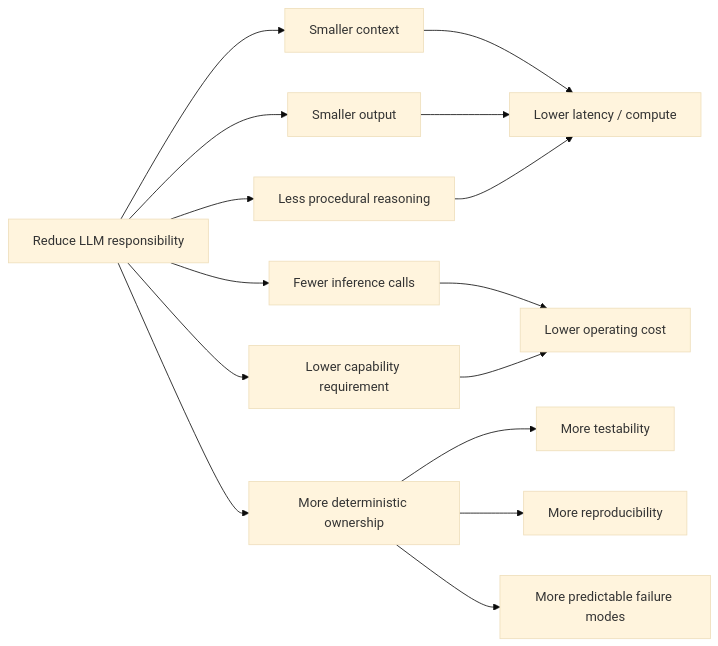
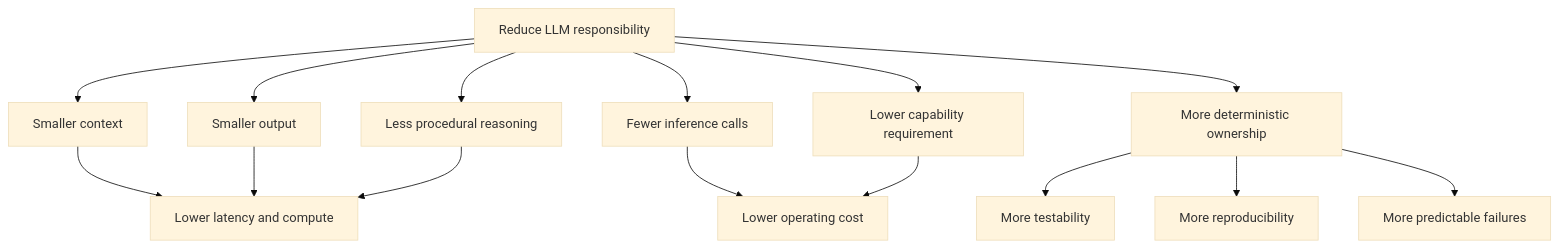
One commit to Augmentedjs/llm_efficiency changed the fourth of 8 diagrams in README.md. Above: the diagram before and after it, drawn with Mermaid (base theme). The commit also changed other lines of this file, not shown here.

Commit message:
Clean README and fix GitHub Mermaid rendering

````diff
--- a/README.md
+++ b/README.md
@@ -344,19 +237,17 @@
 ```mermaid
-flowchart LR
-    A["Reduce LLM responsibility"] --> B["Smaller context"]
-    A --> C["Smaller output"]
-    A --> D["Less procedural reasoning"]
-    A --> E["Fewer inference calls"]
-    A --> F["Lower capability requirement"]
-
-    B --> G["Lower latency / compute"]
-    C --> G
-    D --> G
-    E --> H["Lower operating cost"]
-    F --> H
-
-    A --> I["More deterministic ownership"]
-    I --> J["More testability"]
-    I --> K["More reproducibility"]
-    I --> L["More predictable failure modes"]
+graph TD;
+    A[Reduce LLM responsibility] --> B[Smaller context];
+    A --> C[Smaller output];
+    A --> D[Less procedural reasoning];
+    A --> E[Fewer inference calls];
+    A --> F[Lower capability requirement];
+    B --> G[Lower latency and compute];
+    C --> G;
+    D --> G;
+    E --> H[Lower operating cost];
+    F --> H;
+    A --> I[More deterministic ownership];
+    I --> J[More testability];
+    I --> K[More reproducibility];
+    I --> L[More predictable failures];
 ```
````
